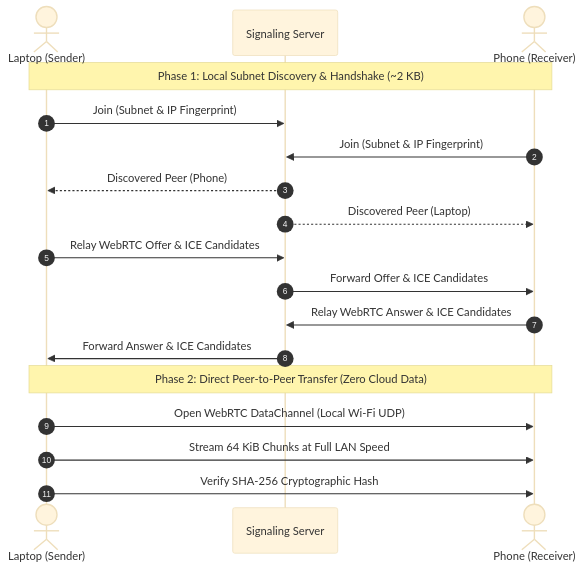
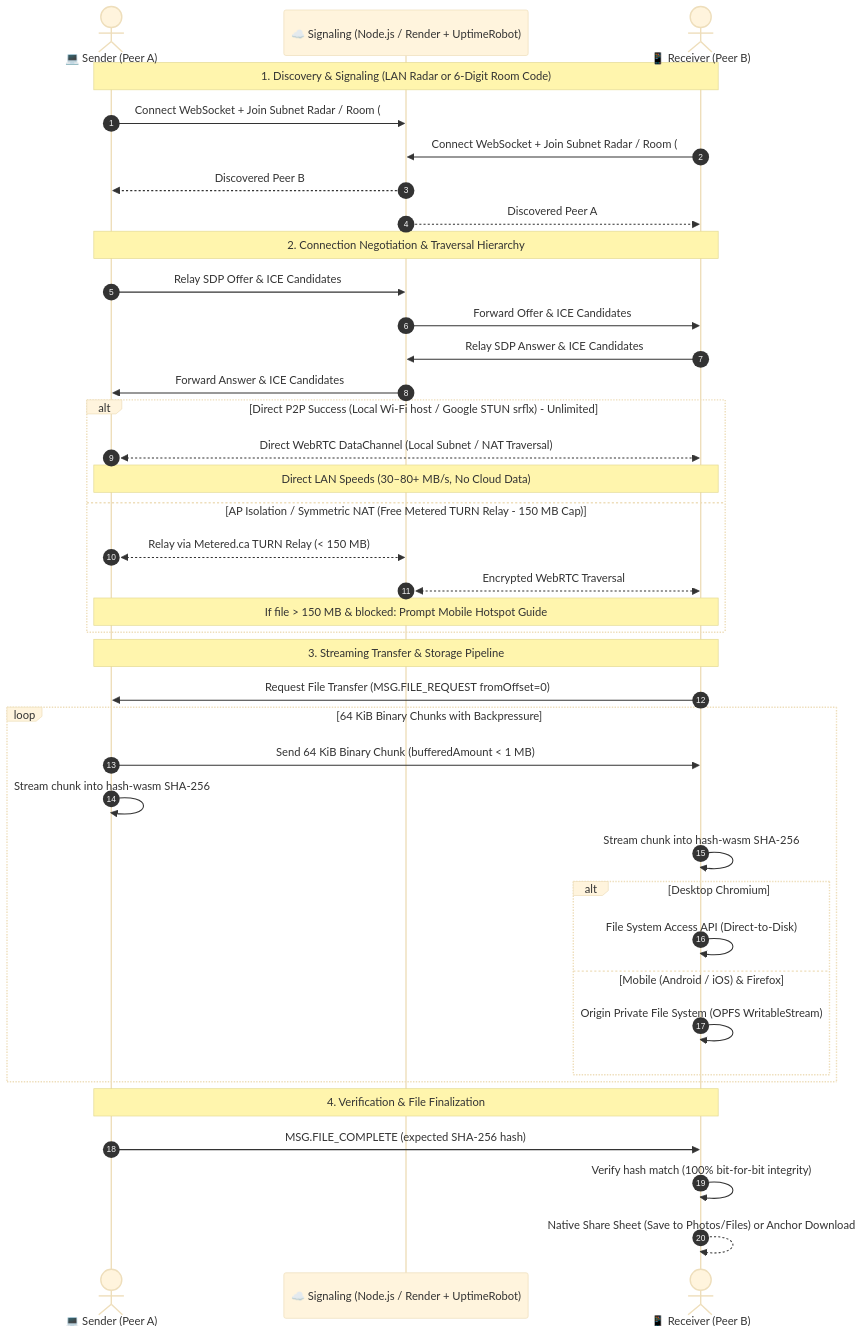
One commit to bilalzulfiqar-pk/lan-share changed the diagram in README.md. Above: the diagram before and after it, drawn with Mermaid (base theme). The commit also changed other lines of this file and 41 other files, not shown here.

First line of the commit message:
feat: upgrade LAN Share to v1.1.0 with room codes, OPFS streaming, and TURN fallback

````diff
--- a/README.md
+++ b/README.md
@@ -93,22 +70,46 @@
 ```mermaid
 sequenceDiagram
     autonumber
-    actor A as Laptop (Sender)
-    participant S as Signaling Server
-    actor B as Phone (Receiver)
+    actor A as 💻 Sender (Peer A)
+    participant S as ☁️ Signaling (Node.js / Render + UptimeRobot)
+    actor B as 📱 Receiver (Peer B)
 
-    Note over A,B: Phase 1: Local Subnet Discovery & Handshake (~2 KB)
-    A->>S: Join (Subnet & IP Fingerprint)
-    B->>S: Join (Subnet & IP Fingerprint)
-    S-->>A: Discovered Peer (Phone)
-    S-->>B: Discovered Peer (Laptop)
-    A->>S: Relay WebRTC Offer & ICE Candidates
+    Note over A,B: 1. Discovery & Signaling (LAN Radar or 6-Digit Room Code)
+    A->>S: Connect WebSocket + Join Subnet Radar / Room (#room=xyz)
+    B->>S: Connect WebSocket + Join Subnet Radar / Room (#room=xyz)
+    S-->>A: Discovered Peer B
+    S-->>B: Discovered Peer A
+
+    Note over A,B: 2. Connection Negotiation & Traversal Hierarchy
+    A->>S: Relay SDP Offer & ICE Candidates
     S->>B: Forward Offer & ICE Candidates
-    B->>S: Relay WebRTC Answer & ICE Candidates
+    B->>S: Relay SDP Answer & ICE Candidates
     S->>A: Forward Answer & ICE Candidates
 
-    Note over A,B: Phase 2: Direct Peer-to-Peer Transfer (Zero Cloud Data)
-    A->>B: Open WebRTC DataChannel (Local Wi-Fi UDP)
-    A->>B: Stream 64 KiB Chunks at Full LAN Speed
-    A->>B: Verify SHA-256 Cryptographic Hash
+    alt Direct P2P Success (Local Wi-Fi host / Google STUN srflx) - Unlimited
+        A<<-->>B: Direct WebRTC DataChannel (Local Subnet / NAT Traversal)
+        Note over A,B: Direct LAN Speeds (30–80+ MB/s, No Cloud Data)
+    else AP Isolation / Symmetric NAT (Free Metered TURN Relay - 150 MB Cap)
+        A<<-->>S: Relay via Metered.ca TURN Relay (< 150 MB)
+        S<<-->>B: Encrypted WebRTC Traversal
+        Note over A,B: If file > 150 MB & blocked: Prompt Mobile Hotspot Guide
+    end
+
+    Note over A,B: 3. Streaming Transfer & Storage Pipeline
+    B->>A: Request File Transfer (MSG.FILE_REQUEST fromOffset=0)
+    loop 64 KiB Binary Chunks with Backpressure
+        A->>B: Send 64 KiB Binary Chunk (bufferedAmount < 1 MB)
+        A->>A: Stream chunk into hash-wasm SHA-256
+        B->>B: Stream chunk into hash-wasm SHA-256
+        alt Desktop Chromium
+            B->>B: File System Access API (Direct-to-Disk)
+        else Mobile (Android / iOS) & Firefox
+            B->>B: Origin Private File System (OPFS WritableStream)
+        end
+    end
+
+    Note over A,B: 4. Verification & File Finalization
+    A->>B: MSG.FILE_COMPLETE (expected SHA-256 hash)
+    B->>B: Verify hash match (100% bit-for-bit integrity)
+    B-->>B: Native Share Sheet (Save to Photos/Files) or Anchor Download
 ```
````
